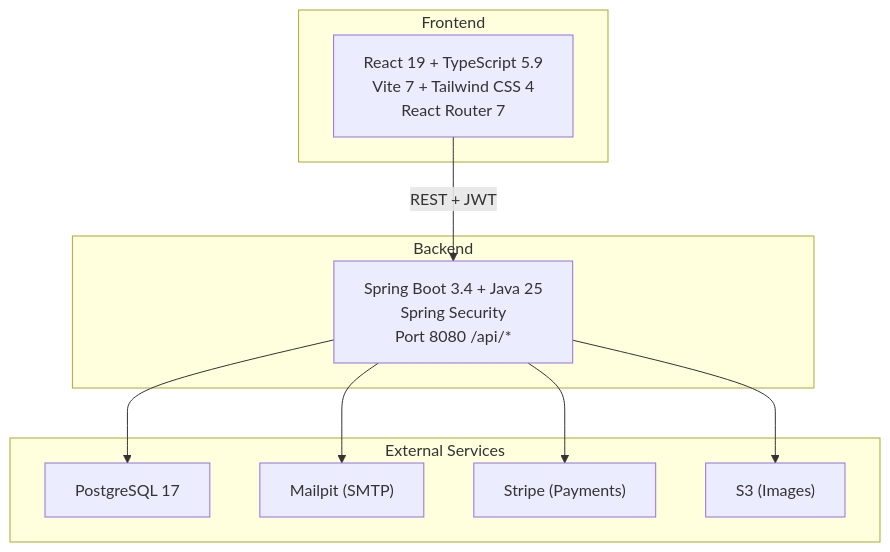
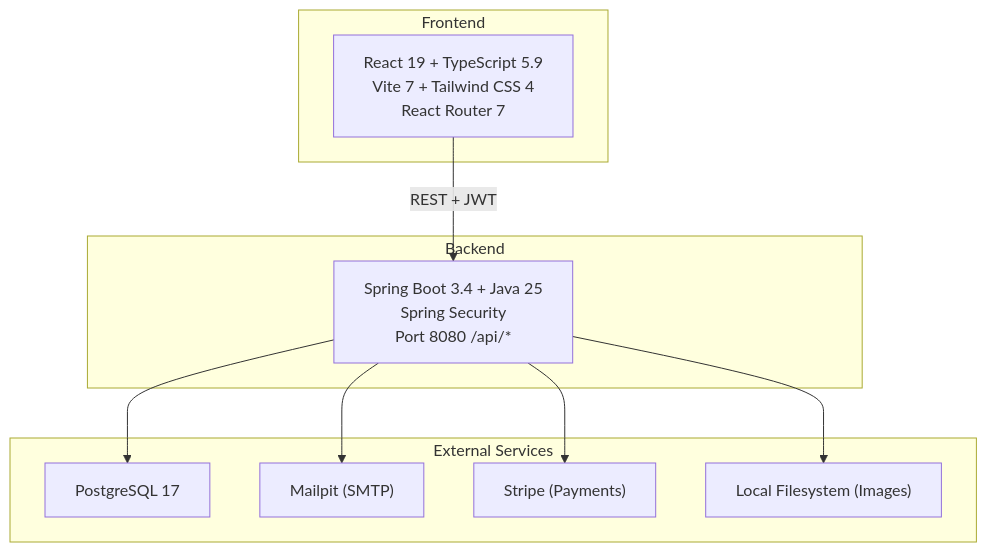
Before and after one commit to tezball/my-island: the first of 3 diagrams in docs/architecture/OVERVIEW.md, drawn with Mermaid. The commit also changed other lines of this file and 28 other files, not shown here.

Commit message:
Migrate image storage from S3 to local filesystem and update user passwords by removing exclamation marks.

````diff
--- a/docs/architecture/OVERVIEW.md
+++ b/docs/architecture/OVERVIEW.md
@@ -5,23 +5,23 @@
 ```mermaid
 flowchart TD
     subgraph Client["Frontend"]
         FE["React 19 + TypeScript 5.9\nVite 7 + Tailwind CSS 4\nReact Router 7"]
     end
 
     subgraph Server["Backend"]
         API["Spring Boot 3.4 + Java 25\nSpring Security\nPort 8080 /api/*"]
     end
 
     subgraph External["External Services"]
         PG["PostgreSQL 17"]
         Mail["Mailpit (SMTP)"]
         Stripe["Stripe (Payments)"]
-        S3["S3 (Images)"]
+        Uploads["Local Filesystem (Images)"]
     end
 
     FE -->|REST + JWT| API
     API --> PG
     API --> Mail
     API --> Stripe
-    API --> S3
+    API --> Uploads
 ```
````
